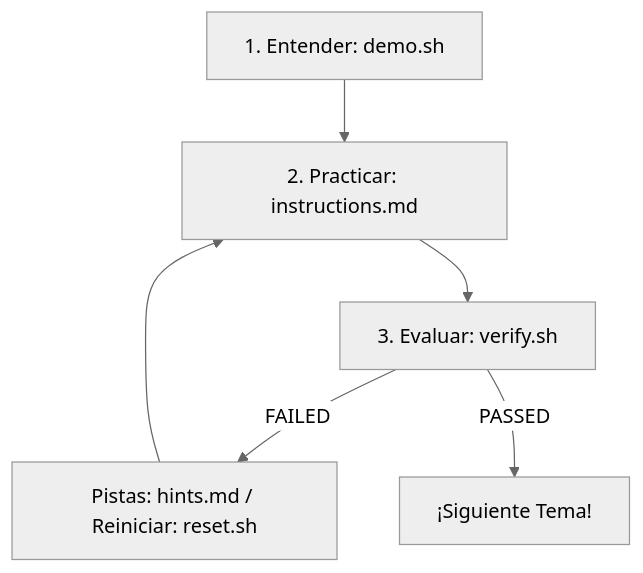
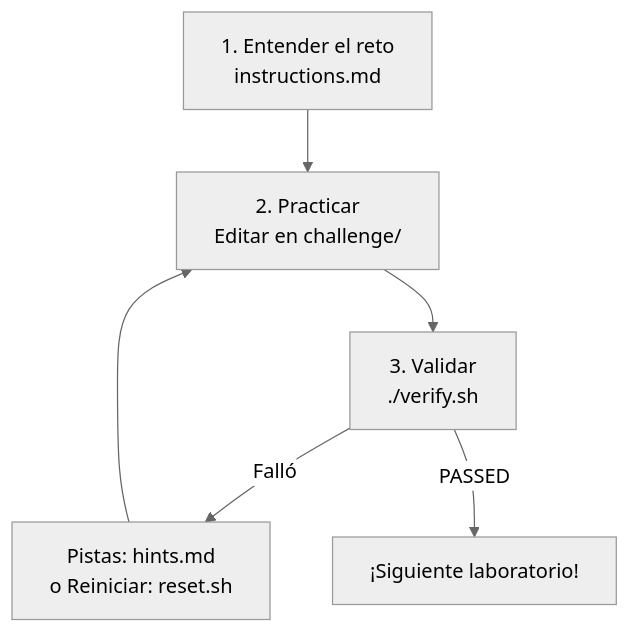
Before and after one commit to hooperits/ex200-flow-labs: the diagram in README.md, drawn with Mermaid (neutral theme). The commit also changed other lines of this file and 1 other file, not shown here.

Commit message:
docs(readme): update README.md structure and content for improved clarity and deployment instructions

````diff
--- a/README.md
+++ b/README.md
@@ -62,8 +260,8 @@
 ```mermaid
 graph TD
-    A[1. Entender: demo.sh] --> B[2. Practicar: instructions.md]
-    B --> C[3. Evaluar: verify.sh]
-    C -- FAILED --> D[Pistas: hints.md / Reiniciar: reset.sh]
+    A[1. Entender el reto<br/>instructions.md] --> B[2. Practicar<br/>Editar en challenge/]
+    B --> C[3. Validar<br/>./verify.sh]
+    C -- Falló --> D[Pistas: hints.md<br/>o Reiniciar: reset.sh]
     D --> B
-    C -- PASSED --> E[¡Siguiente Tema!]
+    C -- PASSED --> E[¡Siguiente laboratorio!]
 ```
````
